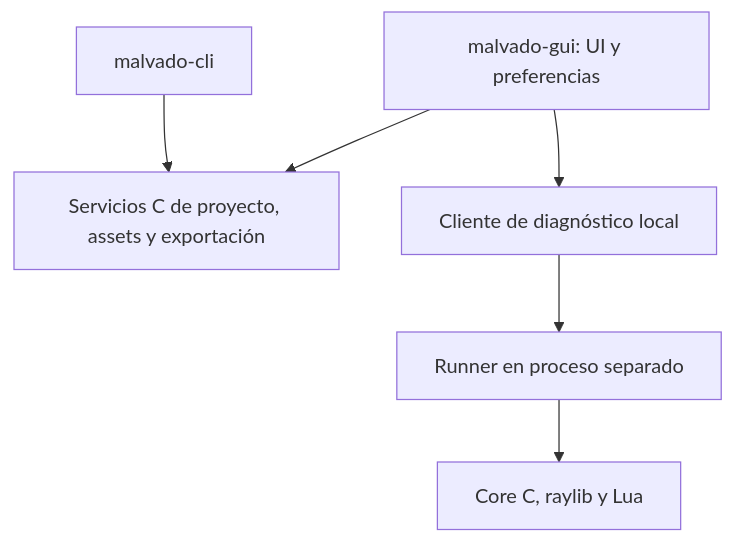
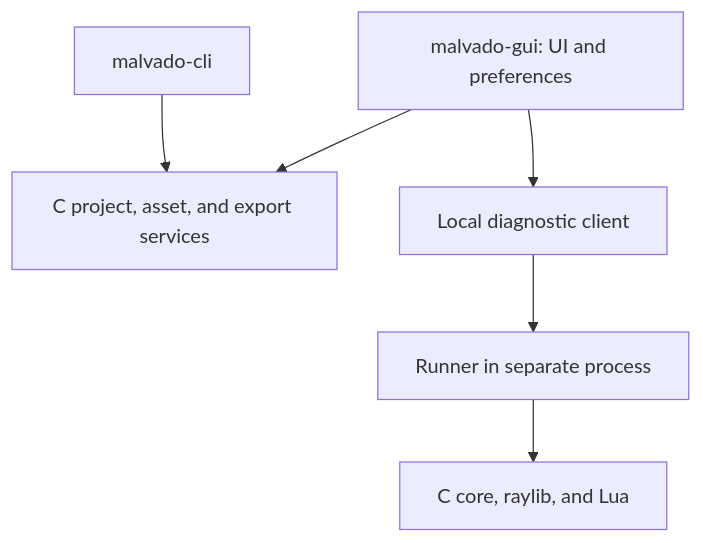
The diagram in docs/specs/gui.md (jepemo/malvado), drawn with Mermaid before and after one commit. The commit also changed other lines of this file and 60 other files, not shown here.

Commit message:
Implement shared C and Lua process runtime

````diff
--- a/docs/specs/gui.md
+++ b/docs/specs/gui.md
@@ -67,8 +67,8 @@
 ```mermaid
 flowchart TD
-    GUI[malvado-gui: UI y preferencias] --> Services[Servicios C de proyecto, assets y exportación]
+    GUI[malvado-gui: UI and preferences] --> Services[C project, asset, and export services]
     CLI[malvado-cli] --> Services
-    GUI --> Debug[Cliente de diagnóstico local]
-    Debug --> Runner[Runner en proceso separado]
-    Runner --> Core[Core C, raylib y Lua]
+    GUI --> Debug[Local diagnostic client]
+    Debug --> Runner[Runner in separate process]
+    Runner --> Core[C core, raylib, and Lua]
 ```
````
